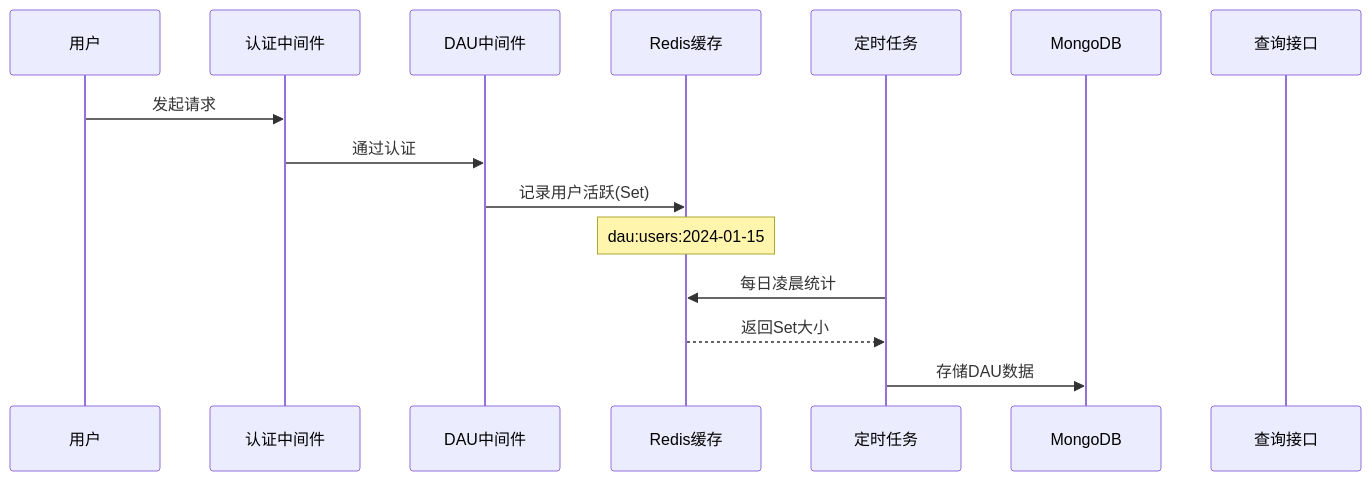
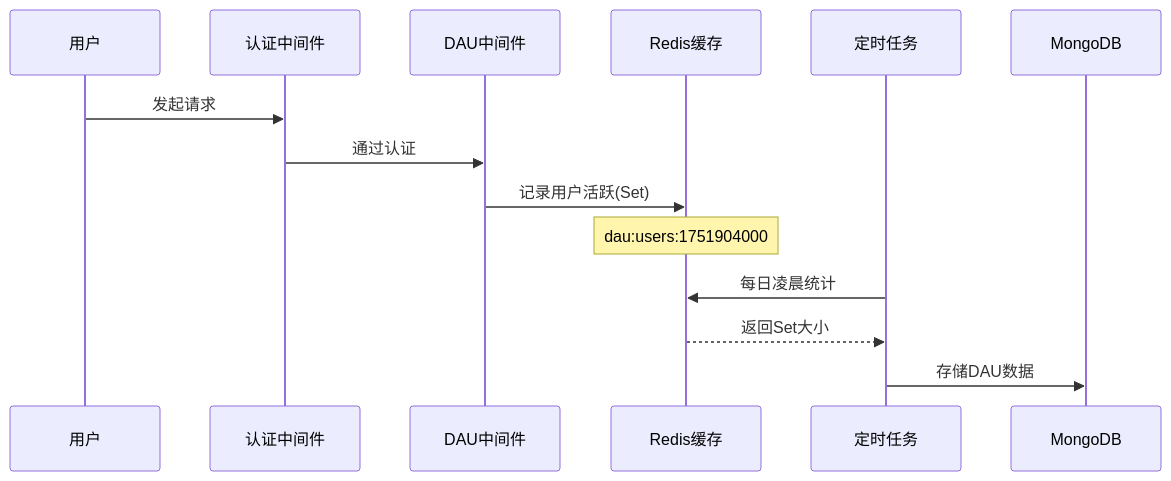
Before and after one commit to yingjianzh/iodraw-files: the diagram in all/未命名-77.md, drawn with Mermaid.

Commit message:
2025-07-08 14:00:47 update

````diff
--- a/all/未命名-77.md
+++ b/all/未命名-77.md
@@ -1,20 +1,19 @@
 ```mermaid
 sequenceDiagram
     participant User as 用户
     participant Auth as 认证中间件
     participant DAU as DAU中间件
     participant Redis as Redis缓存
     participant Task as 定时任务
     participant DB as MongoDB
-    participant API as 查询接口
     
     User->>Auth: 发起请求
     Auth->>DAU: 通过认证
     DAU->>Redis: 记录用户活跃(Set)
-    Note over Redis: dau:users:2024-01-15
+    Note over Redis: dau:users:1751904000
     
     Task->>Redis: 每日凌晨统计
     Redis-->>Task: 返回Set大小
     Task->>DB: 存储DAU数据
    
 ```
````
